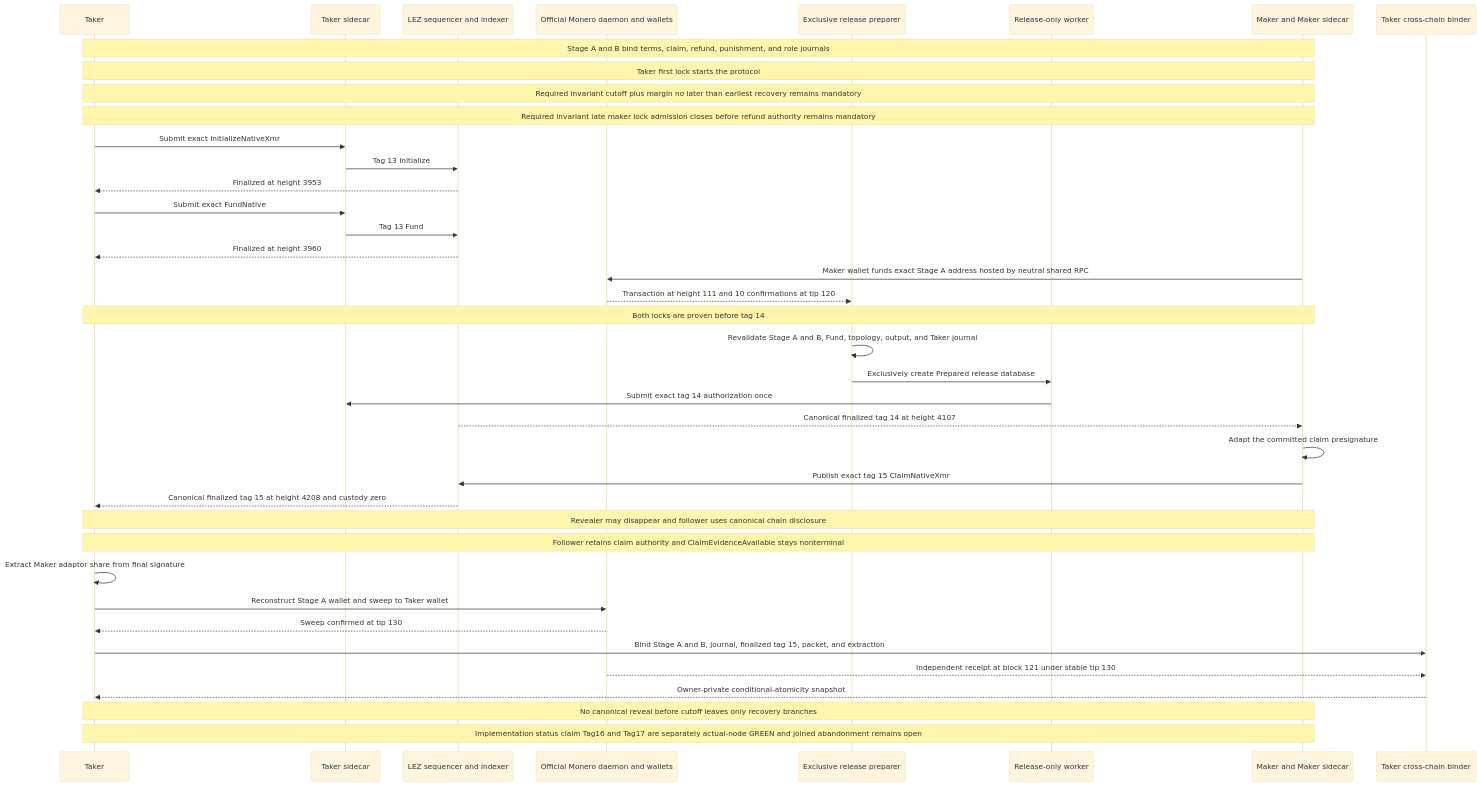
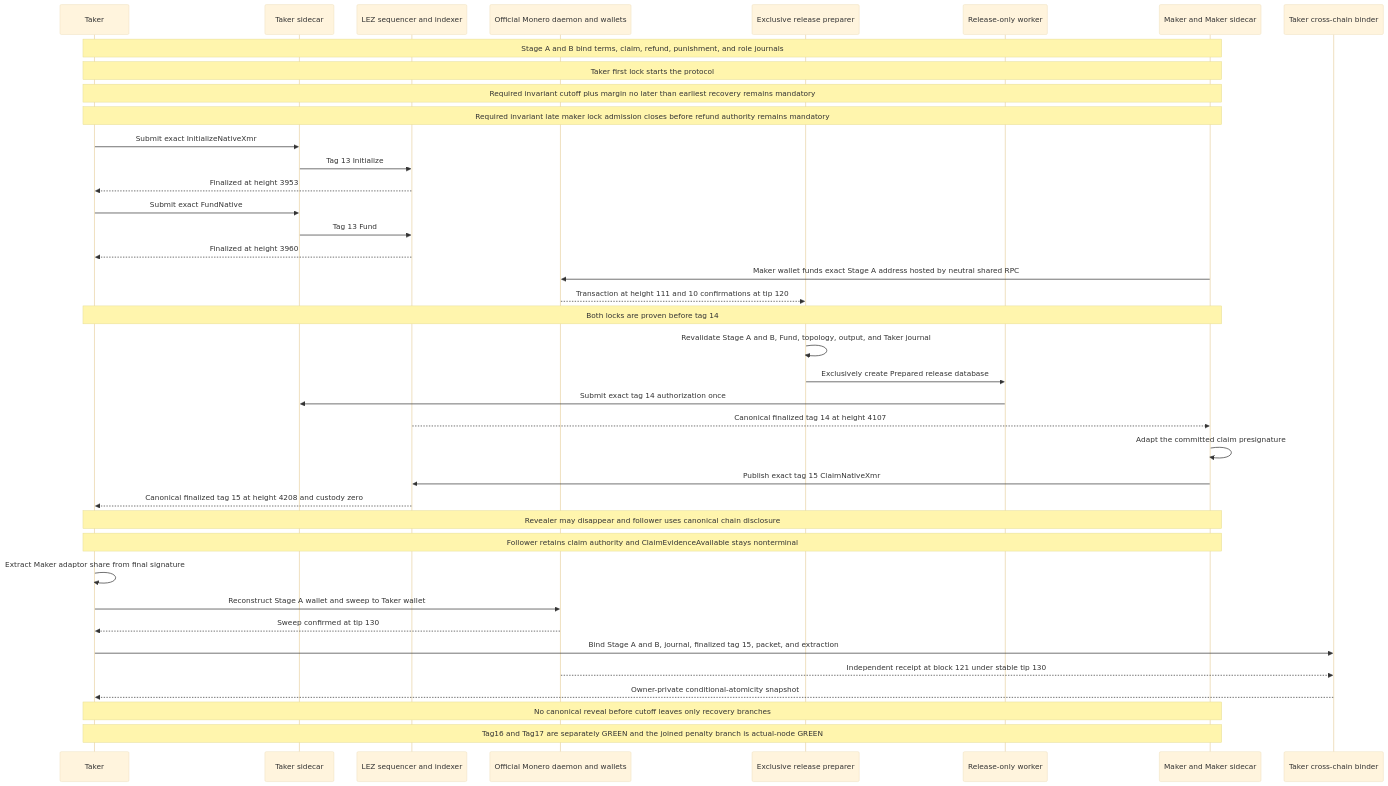
One commit to gateway-fm/lez-atomic-swaps changed diagram 29 of 56 in docs/architecture/system-architecture.md. Above: the diagram before and after it, drawn with Mermaid (base theme). The commit also changed other lines of this file and 10 other files, not shown here.

Commit message:
test(m7): certify joined abandonment replay

````diff
--- a/docs/architecture/system-architecture.md
+++ b/docs/architecture/system-architecture.md
@@ -2702,42 +2702,42 @@
 ```mermaid
 sequenceDiagram
     participant T as Taker
     participant TS as Taker sidecar
     participant L as LEZ sequencer and indexer
     participant X as Official Monero daemon and wallets
     participant P as Exclusive release preparer
     participant W as Release-only worker
     participant M as Maker and Maker sidecar
     participant B as Taker cross-chain binder
 
     Note over T,M: Stage A and B bind terms, claim, refund, punishment, and role journals
     Note over T,M: Taker first lock starts the protocol
     Note over T,M: Required invariant cutoff plus margin no later than earliest recovery remains mandatory
     Note over T,M: Required invariant late maker lock admission closes before refund authority remains mandatory
     T->>TS: Submit exact InitializeNativeXmr
     TS->>L: Tag 13 Initialize
     L-->>T: Finalized at height 3953
     T->>TS: Submit exact FundNative
     TS->>L: Tag 13 Fund
     L-->>T: Finalized at height 3960
     M->>X: Maker wallet funds exact Stage A address hosted by neutral shared RPC
     X-->>P: Transaction at height 111 and 10 confirmations at tip 120
     Note over T,M: Both locks are proven before tag 14
     P->>P: Revalidate Stage A and B, Fund, topology, output, and Taker journal
     P->>W: Exclusively create Prepared release database
     W->>TS: Submit exact tag 14 authorization once
     L-->>M: Canonical finalized tag 14 at height 4107
     M->>M: Adapt the committed claim presignature
     M->>L: Publish exact tag 15 ClaimNativeXmr
     L-->>T: Canonical finalized tag 15 at height 4208 and custody zero
     Note over T,M: Revealer may disappear and follower uses canonical chain disclosure
     Note over T,M: Follower retains claim authority and ClaimEvidenceAvailable stays nonterminal
     T->>T: Extract Maker adaptor share from final signature
     T->>X: Reconstruct Stage A wallet and sweep to Taker wallet
     X-->>T: Sweep confirmed at tip 130
     T->>B: Bind Stage A and B, journal, finalized tag 15, packet, and extraction
     X-->>B: Independent receipt at block 121 under stable tip 130
     B-->>T: Owner-private conditional-atomicity snapshot
     Note over T,M: No canonical reveal before cutoff leaves only recovery branches
-    Note over T,M: Implementation status claim Tag16 and Tag17 are separately actual-node GREEN and joined abandonment remains open
+    Note over T,M: Tag16 and Tag17 are separately GREEN and the joined penalty branch is actual-node GREEN
 ```
````
